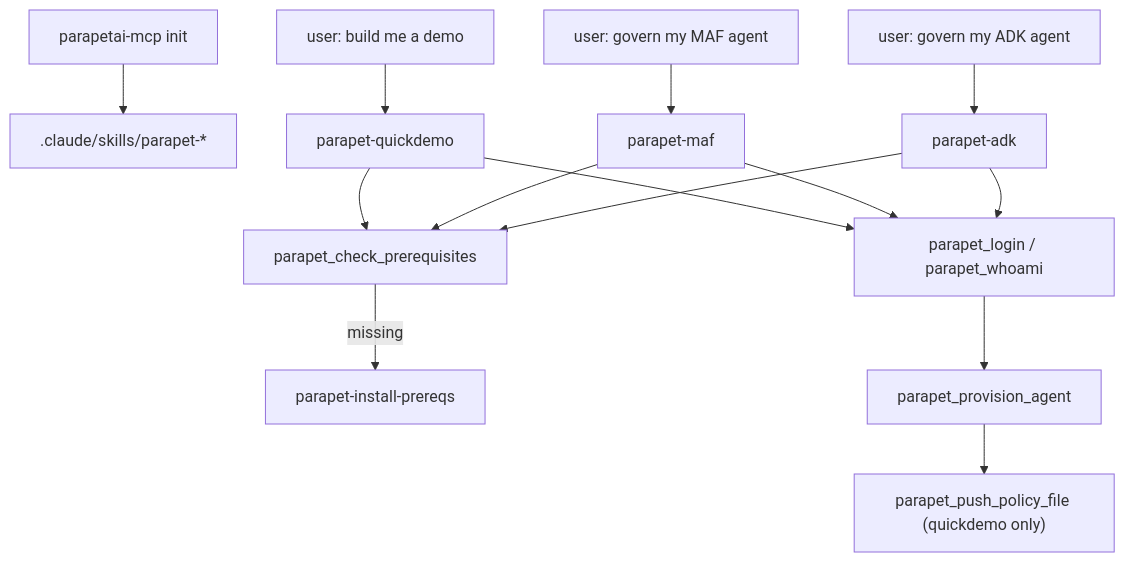
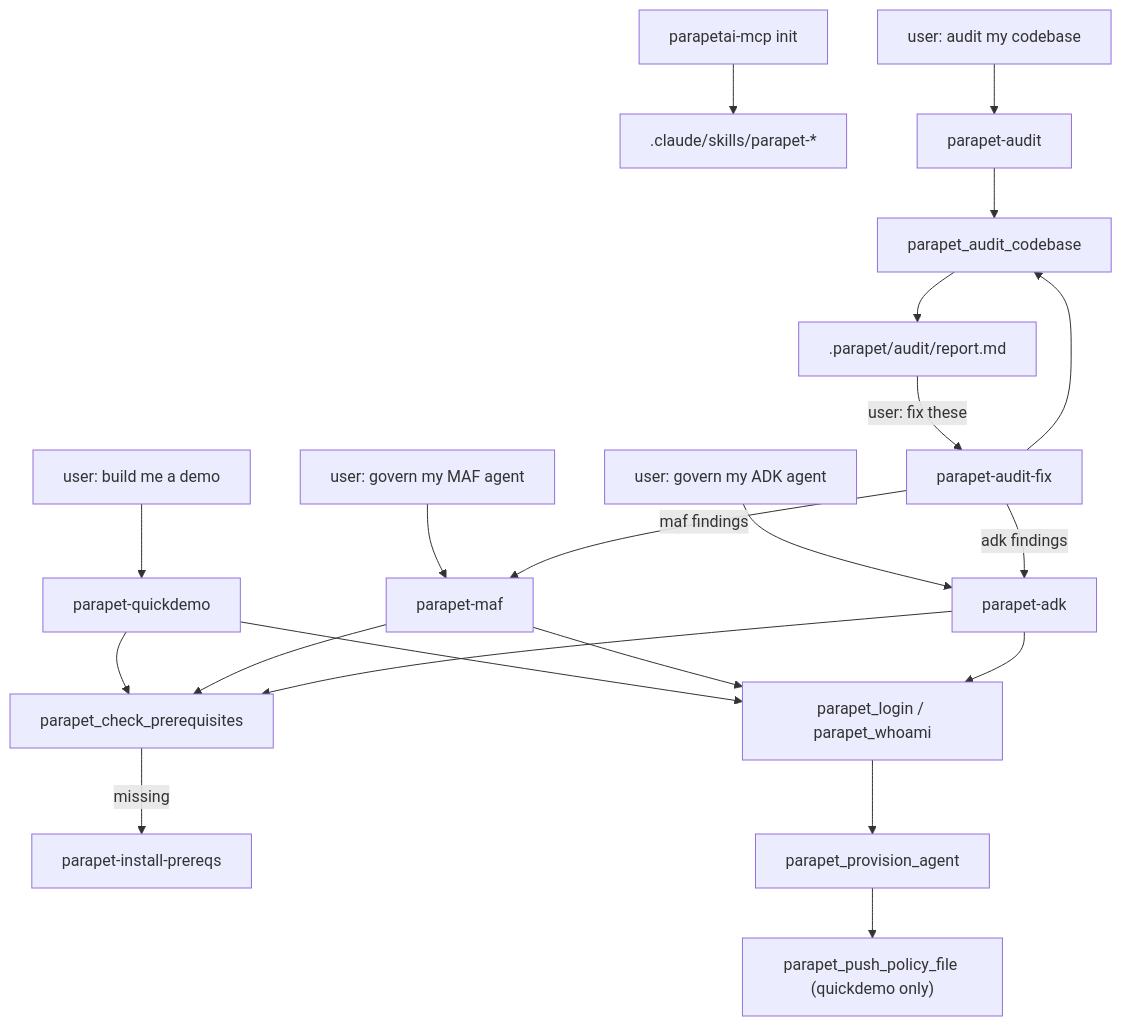
One commit to Parapet-run/parapet-agenticai-sdk changed the diagram in docs/cli/skills.md. Above: the diagram before and after it, drawn with Mermaid. The commit also changed other lines of this file and 9 other files, not shown here.

````diff
--- a/docs/cli/skills.md
+++ b/docs/cli/skills.md
@@ -67,16 +99,23 @@
 ```mermaid
 graph TD
     A["parapetai-mcp init"] --> B[".claude/skills/parapet-*"]
     C["user: build me a demo"] --> D[parapet-quickdemo]
     E["user: govern my MAF agent"] --> F[parapet-maf]
     G["user: govern my ADK agent"] --> H[parapet-adk]
+    N["user: audit my codebase"] --> O[parapet-audit]
     D --> I[parapet_check_prerequisites]
     F --> I
     H --> I
     I -->|missing| J[parapet-install-prereqs]
     D --> K[parapet_login / parapet_whoami]
     F --> K
     H --> K
     K --> L[parapet_provision_agent]
     L --> M["parapet_push_policy_file (quickdemo only)"]
+    O --> P[parapet_audit_codebase]
+    P --> Q[".parapet/audit/report.md"]
+    Q -->|"user: fix these"| R[parapet-audit-fix]
+    R -->|"maf findings"| F
+    R -->|"adk findings"| H
+    R --> P
 ```
````
